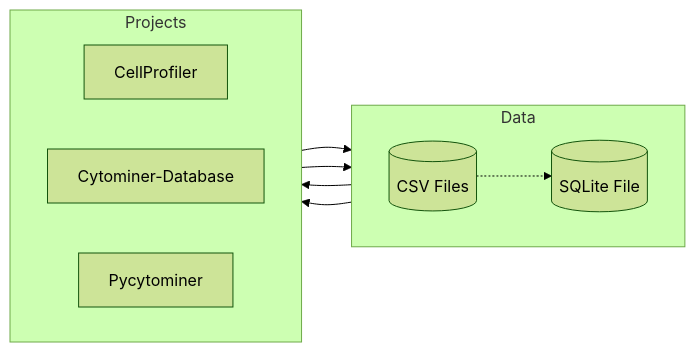
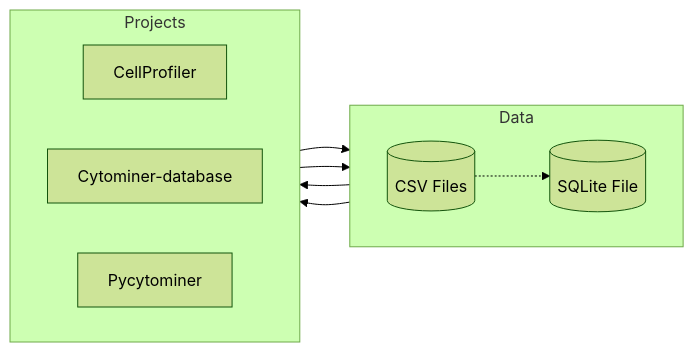
The second of 3 diagrams in docs/architecture.data.rst (cytomining/pycytominer), drawn with Mermaid (forest theme) before and after one commit. The commit also changed other lines of this file, not shown here.

First line of the commit message:
update architecture.data.rst for #213

```diff
--- a/docs/architecture.data.rst
+++ b/docs/architecture.data.rst
@@ -54,18 +47,18 @@
 .. mermaid::
 
    flowchart LR
       subgraph Data
          direction LR
          cellprofiler_data[(CSV Files)] -.-> cytominerdatabase_data[(SQLite File)]
          cytominerdatabase_data[(SQLite File)]
       end
       subgraph Projects
          direction LR
          CellProfiler
-         Cytominer-Database 
+         Cytominer-database 
          Pycytominer
       end
       CellProfiler --> cellprofiler_data
-      cellprofiler_data --> Cytominer-Database
-      Cytominer-Database --> cytominerdatabase_data
+      cellprofiler_data --> Cytominer-database
+      Cytominer-database --> cytominerdatabase_data
       cytominerdatabase_data --> Pycytominer
```
